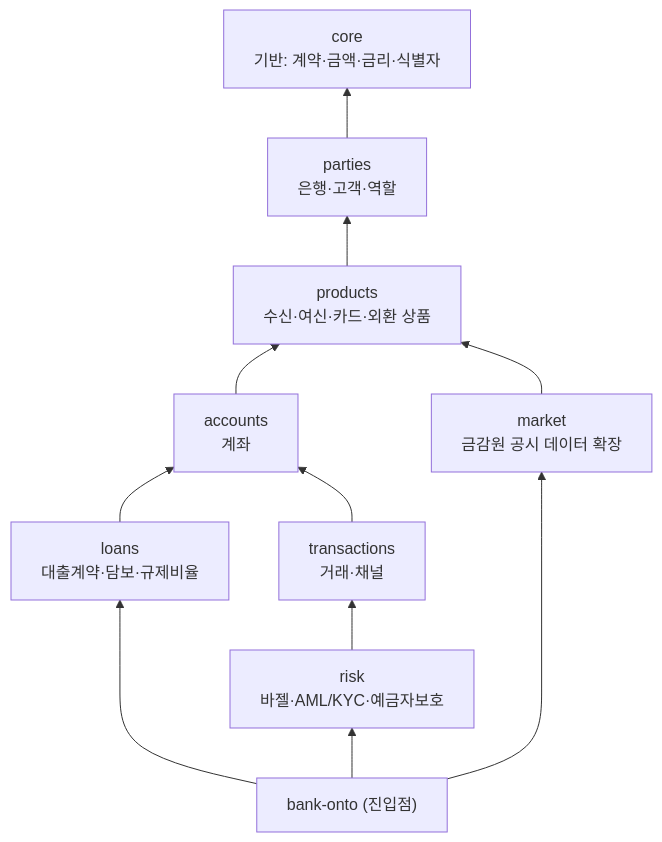
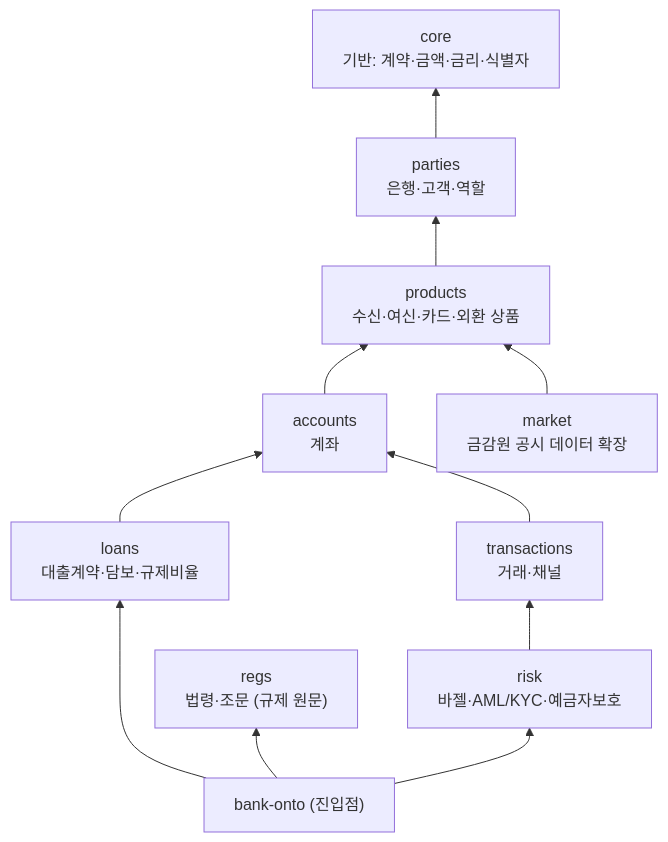
The first of 11 diagrams in docs/schema-diagram.md (BancaKim/Bank_Onto), drawn with Mermaid before and after one commit. The commit also changed other lines of this file, not shown here.

First line of the commit message:
Update schema diagrams for regs module and current counts

````diff
--- a/docs/schema-diagram.md
+++ b/docs/schema-diagram.md
@@ -9,14 +9,15 @@
 ```mermaid
 graph BT
   CORE["core<br/>기반: 계약·금액·금리·식별자"]
   PARTIES["parties<br/>은행·고객·역할"] --> CORE
   PRODUCTS["products<br/>수신·여신·카드·외환 상품"] --> PARTIES
   ACCOUNTS["accounts<br/>계좌"] --> PRODUCTS
   LOANS["loans<br/>대출계약·담보·규제비율"] --> ACCOUNTS
   TX["transactions<br/>거래·채널"] --> ACCOUNTS
   RISK["risk<br/>바젤·AML/KYC·예금자보호"] --> TX
+  REGS["regs<br/>법령·조문 (규제 원문)"]
   MARKET["market<br/>금감원 공시 데이터 확장"] --> PRODUCTS
   TOP["bank-onto (진입점)"] --> LOANS
   TOP --> RISK
-  TOP --> MARKET
+  TOP --> REGS
 ```
````
